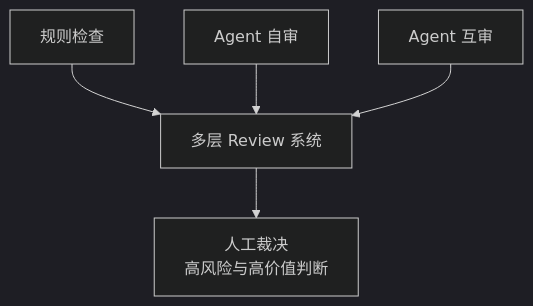
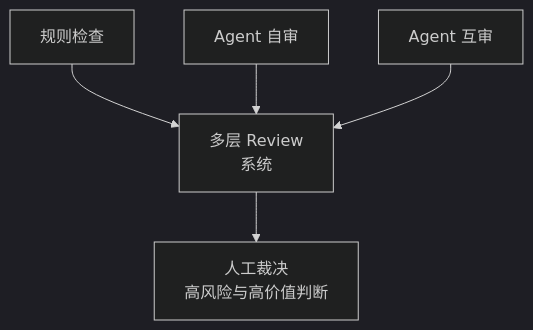
One commit to motedb/HarnessBook changed the fourth of 7 diagrams in zh/05-第三篇-Agent-First-软件工程.md. Above: the diagram before and after it, drawn with Mermaid (dark theme). The commit also changed other lines of this file and 21 other files, not shown here.

````diff
--- a/zh/05-第三篇-Agent-First-软件工程.md
+++ b/zh/05-第三篇-Agent-First-软件工程.md
@@ -177,7 +177,7 @@
 ```mermaid
 graph TB
-    A["规则检查"] --> D["多层 Review 系统"]
+    A["规则检查"] --> D["多层 Review<br>系统"]
     B["Agent 自审"] --> D
     C["Agent 互审"] --> D
     D --> E["人工裁决<br>高风险与高价值判断"]
 ```
````
